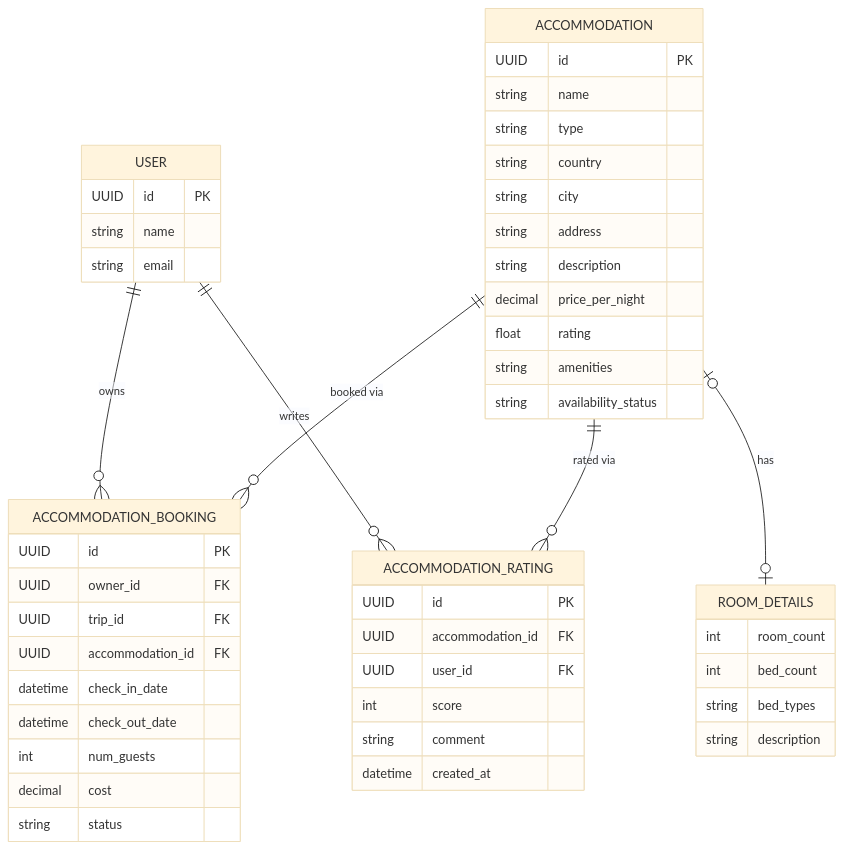
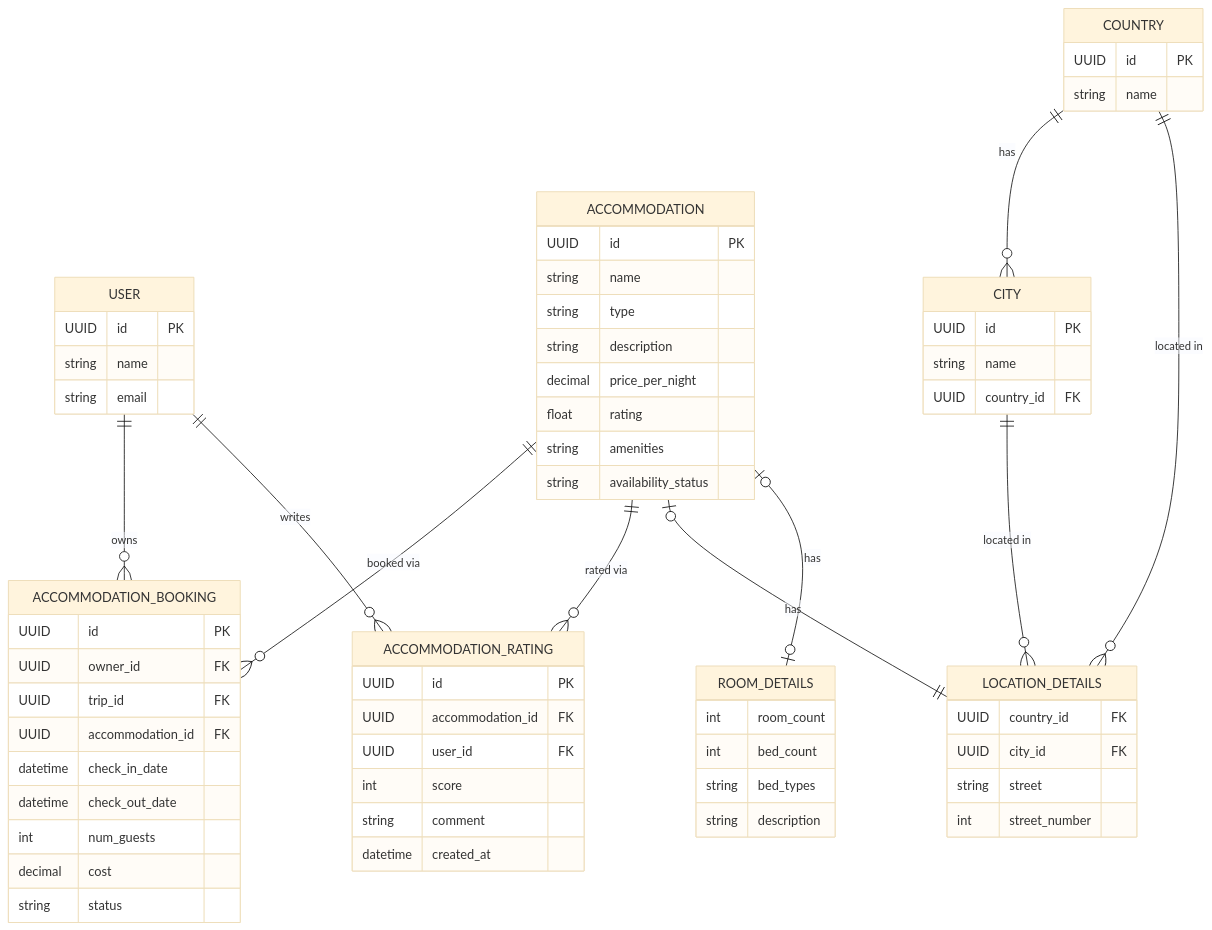
Before and after one commit to JulianKirk/TripGenie: the diagram in student-2/docs/object-model.md, drawn with Mermaid (base theme). The commit also changed other lines of this file and 7 other files, not shown here.

````diff
--- a/student-2/docs/object-model.md
+++ b/student-2/docs/object-model.md
@@ -100,56 +129,75 @@
 ```mermaid
 erDiagram
     USER ||--o{ ACCOMMODATION_BOOKING : owns
     USER ||--o{ ACCOMMODATION_RATING : writes
     ACCOMMODATION ||--o{ ACCOMMODATION_BOOKING : "booked via"
     ACCOMMODATION ||--o{ ACCOMMODATION_RATING : "rated via"
+    ACCOMMODATION |o--|| LOCATION_DETAILS : has
     ACCOMMODATION |o--o| ROOM_DETAILS : has
+    COUNTRY ||--o{ CITY : has
+    COUNTRY ||--o{ LOCATION_DETAILS : "located in"
+    CITY ||--o{ LOCATION_DETAILS : "located in"
 
     USER {
         UUID id PK
         string name
         string email
     }
 
     ACCOMMODATION {
         UUID id PK
         string name
         string type
-        string country
-        string city
-        string address
         string description
         decimal price_per_night
         float rating
         string amenities
         string availability_status
+    }
+
+    LOCATION_DETAILS {
+        UUID country_id FK
+        UUID city_id FK
+        string street
+        int street_number
+    }
+
+    COUNTRY {
+        UUID id PK
+        string name
+    }
+
+    CITY {
+        UUID id PK
+        string name
+        UUID country_id FK
     }
 
     ROOM_DETAILS {
         int room_count
         int bed_count
         string bed_types
         string description
     }
 
     ACCOMMODATION_BOOKING {
         UUID id PK
         UUID owner_id FK
         UUID trip_id FK
         UUID accommodation_id FK
         datetime check_in_date
         datetime check_out_date
         int num_guests
         decimal cost
         string status
     }
 
     ACCOMMODATION_RATING {
         UUID id PK
         UUID accommodation_id FK
         UUID user_id FK
         int score
         string comment
         datetime created_at
     }
 ```
````
